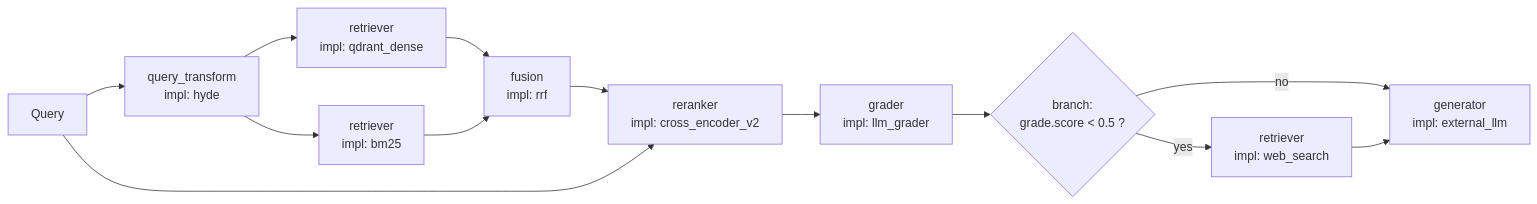
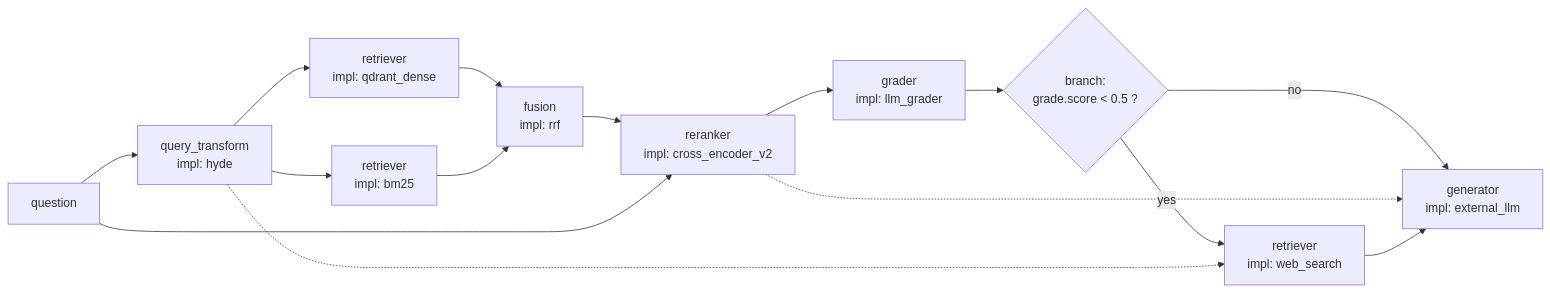
The first of 5 diagrams in docs/system-architecture.md (genesary/Ragondin), drawn with Mermaid before and after one commit. The commit also changed 10 other files, not shown here.

````diff
--- a/docs/system-architecture.md
+++ b/docs/system-architecture.md
@@ -213,15 +213,17 @@
 ```mermaid
 flowchart LR
-  Q[Query] --> T["query_transform<br/>impl: hyde"]
+  Q[question] --> T["query_transform<br/>impl: hyde"]
   T --> D["retriever<br/>impl: qdrant_dense"]
   T --> S["retriever<br/>impl: bm25"]
   D --> F["fusion<br/>impl: rrf"]
   S --> F
   F --> R["reranker<br/>impl: cross_encoder_v2"]
   Q --> R
   R --> GR["grader<br/>impl: llm_grader"]
   GR --> GATE{"branch:<br/>grade.score &lt; 0.5 ?"}
   GATE -->|yes| W["retriever<br/>impl: web_search"]
   GATE -->|no| GEN["generator<br/>impl: external_llm"]
+  T -.-> W
+  R -.-> GEN
   W --> GEN
 ```
````
